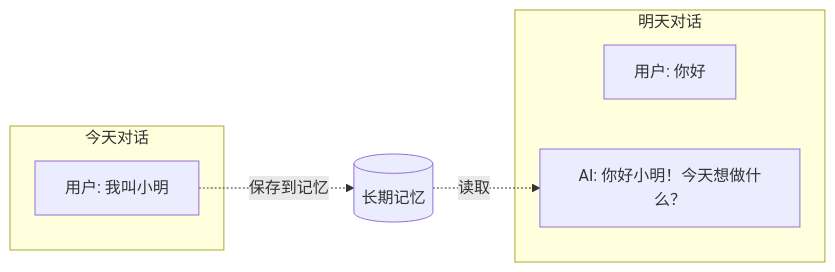
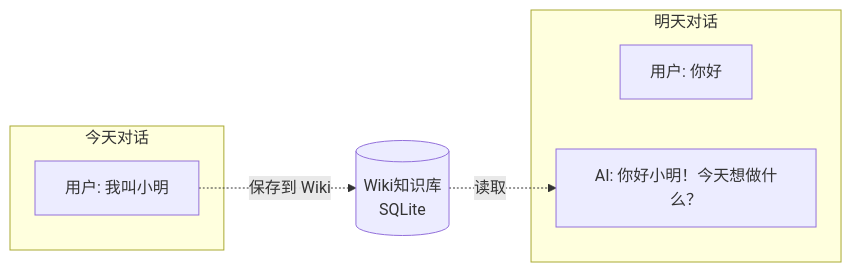
Before and after one commit to yeheng/nanobot-rs: the fourth of 12 diagrams in docs/memory-history.md, drawn with Mermaid. The commit also changed other lines of this file and 57 other files, not shown here.

````diff
--- a/docs/memory-history.md
+++ b/docs/memory-history.md
@@ -102,14 +102,14 @@
 ```mermaid
 flowchart LR
     subgraph 今天对话
         A[用户: 我叫小明]
     end
     
     subgraph 明天对话
         B[用户: 你好] 
         C[AI: 你好小明！今天想做什么？]
     end
     
-    A -.保存到记忆.-> M[(长期记忆)]
+    A -.保存到 Wiki.-> M[(Wiki知识库<br/>SQLite)]
     M -.读取.-> C
 ```
````
